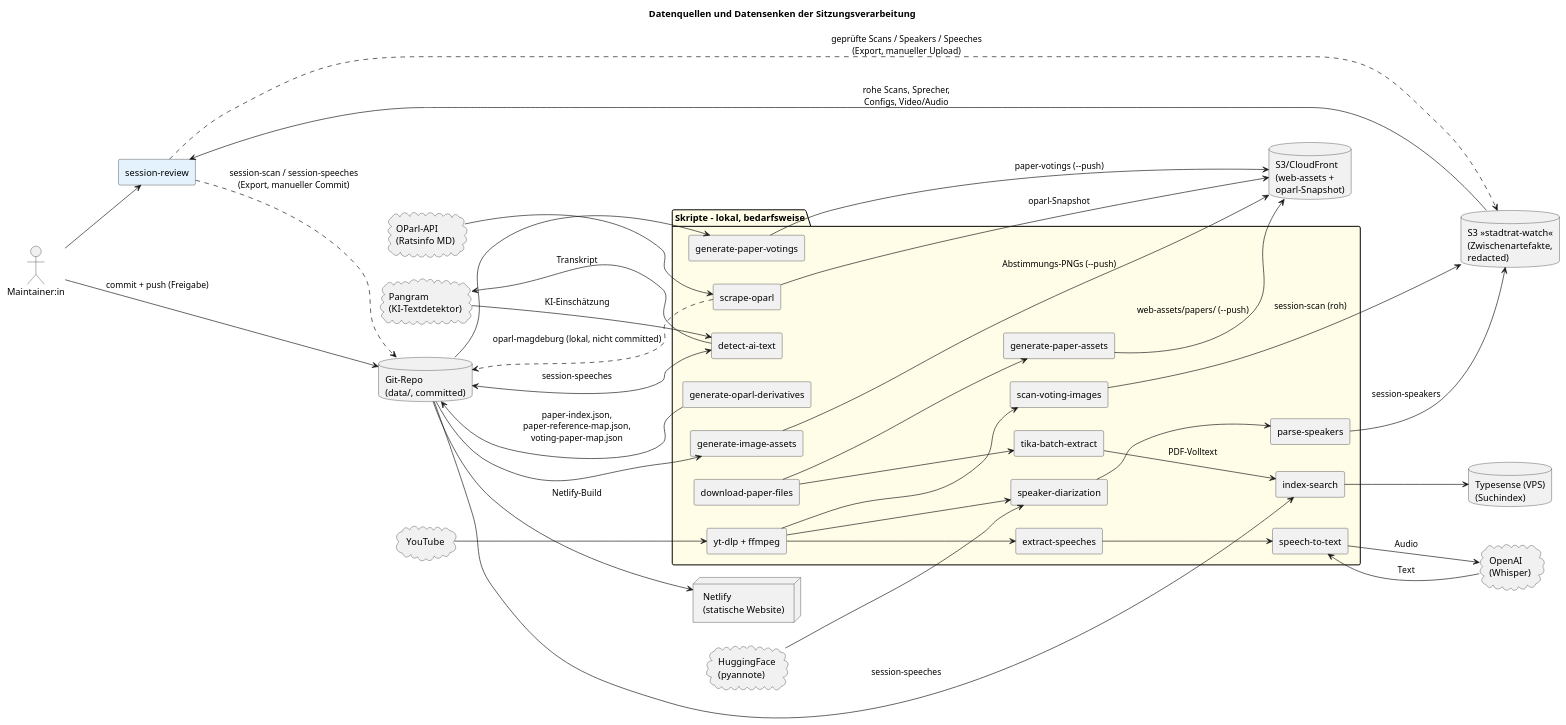
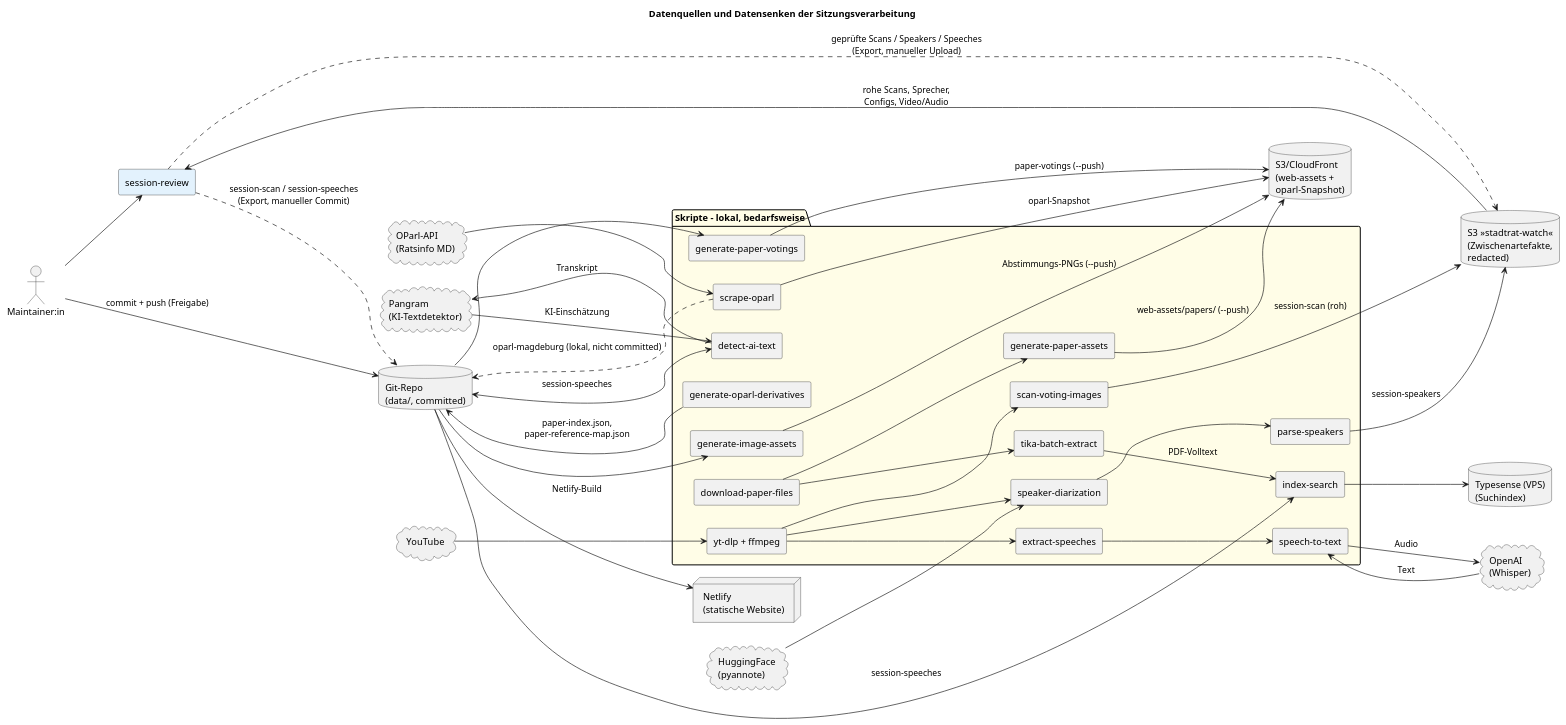
Before and after one commit to JensWinter/StadtratWatch-web: the diagram in docs/guides/session-processing/session-processing-dataflow.puml, drawn with PlantUML. The commit also changed 37 other files, not shown here.

```diff
--- a/docs/guides/session-processing/session-processing-dataflow.puml
+++ b/docs/guides/session-processing/session-processing-dataflow.puml
@@ -8,87 +8,87 @@
 @startuml session-processing-dataflow
 title Datenquellen und Datensenken der Sitzungsverarbeitung
 
 skinparam shadowing false
 skinparam componentStyle rectangle
 skinparam wrapWidth 200
 left to right direction
 
 actor "Maintainer:in" as M
 
 cloud "OParl-API\n(Ratsinfo MD)" as OParl
 cloud "YouTube" as YT
 cloud "HuggingFace\n(pyannote)" as HF
 cloud "OpenAI\n(Whisper)" as OAI
 cloud "Pangram\n(KI-Textdetektor)" as PG
 component "session-review" as UI #E3F2FD
 
 package "Skripte - lokal, bedarfsweise" #FFFDE7 {
   component "scrape-oparl" as SCRAPE
   component "download-paper-files" as DPF
   component "generate-paper-assets" as GPA
   component "generate-oparl-derivatives" as GOD
   component "tika-batch-extract" as TIKA
   component "yt-dlp + ffmpeg" as MEDIA
   component "scan-voting-images" as SVI
   component "speaker-diarization" as SD
   component "parse-speakers" as PS
   component "extract-speeches" as ES
   component "speech-to-text" as STT
   component "detect-ai-text" as DAT
   component "generate-image-assets" as GIA
   component "generate-paper-votings" as GPV
   component "index-search" as IDX
 }
 
 database "Git-Repo\n(data/, committed)" as GIT
 database "S3 »stadtrat-watch«\n(Zwischenartefakte,\nredacted)" as S3RAW
 database "S3/CloudFront\n(web-assets +\noparl-Snapshot)" as S3WEB
 database "Typesense (VPS)\n(Suchindex)" as TS
 node "Netlify\n(statische Website)" as NET
 
 ' --- Quellen ---
 OParl --> SCRAPE
 YT --> MEDIA
 HF --> SD
 STT --> OAI : Audio
 OAI --> STT : Text
 DAT --> PG : Transkript
 PG --> DAT : KI-Einschätzung
 
 ' --- OParl-/Drucksachen-Zweig ---
 SCRAPE --> S3WEB : oparl-Snapshot
 SCRAPE ..> GIT : oparl-magdeburg (lokal, nicht committed)
 DPF --> GPA
 GPA --> S3WEB : web-assets/papers/ (--push)
-GOD --> GIT : paper-index.json,\npaper-reference-map.json,\nvoting-paper-map.json
+GOD --> GIT : paper-index.json,\npaper-reference-map.json
 DPF --> TIKA
 TIKA --> IDX : PDF-Volltext
 
 ' --- Video-Zweig ---
 MEDIA --> SVI
 MEDIA --> SD
 SVI --> S3RAW : session-scan (roh)
 SD --> PS
 PS --> S3RAW : session-speakers
 MEDIA --> ES
 ES --> STT
 
 ' --- Manuelle Prüfung ---
 M --> UI
 S3RAW --> UI : rohe Scans, Sprecher,\nConfigs, Video/Audio
 UI ..> S3RAW : geprüfte Scans / Speakers / Speeches\n(Export, manueller Upload)
 UI ..> GIT : session-scan / session-speeches\n(Export, manueller Commit)
 
 ' --- Zusammenführung ---
 GIT --> GIA
 GIA --> S3WEB : Abstimmungs-PNGs (--push)
 GIT --> GPV
 GPV --> S3WEB : paper-votings (--push)
 GIT --> IDX : session-speeches
 GIT <--> DAT : session-speeches
 IDX --> TS
 
 ' --- Veröffentlichung ---
 M --> GIT : commit + push (Freigabe)
 GIT --> NET : Netlify-Build
 @enduml
```
